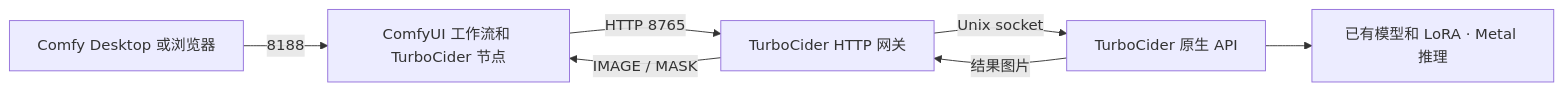
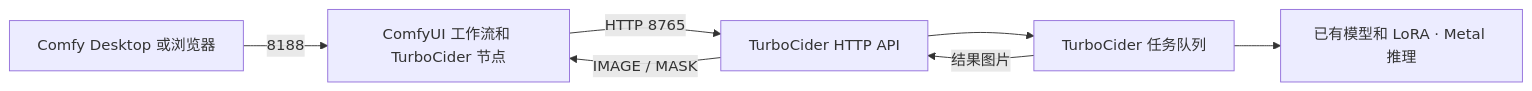
Before and after one commit to magicKD/TurboCider: the diagram in docs/public/COMFYUI_TUTORIAL.zh-CN.md, drawn with Mermaid. The commit also changed other lines of this file and 48 other files, not shown here.

````diff
--- a/docs/public/COMFYUI_TUTORIAL.zh-CN.md
+++ b/docs/public/COMFYUI_TUTORIAL.zh-CN.md
@@ -13,9 +13,9 @@
 ```mermaid
 flowchart LR
     D[Comfy Desktop 或浏览器] -->|8188| C[ComfyUI 工作流和 TurboCider 节点]
-    C -->|HTTP 8765| H[TurboCider HTTP 网关]
-    H -->|Unix socket| T[TurboCider 原生 API]
+    C -->|HTTP 8765| H[TurboCider HTTP API]
+    H --> T[TurboCider 任务队列]
     T --> M[已有模型和 LoRA · Metal 推理]
     T -->|结果图片| H
     H -->|IMAGE / MASK| C
 ```
````
